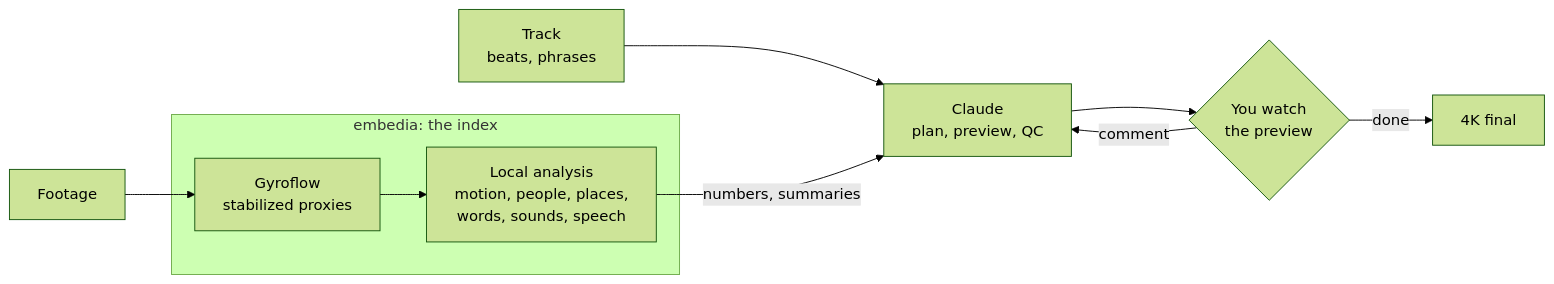
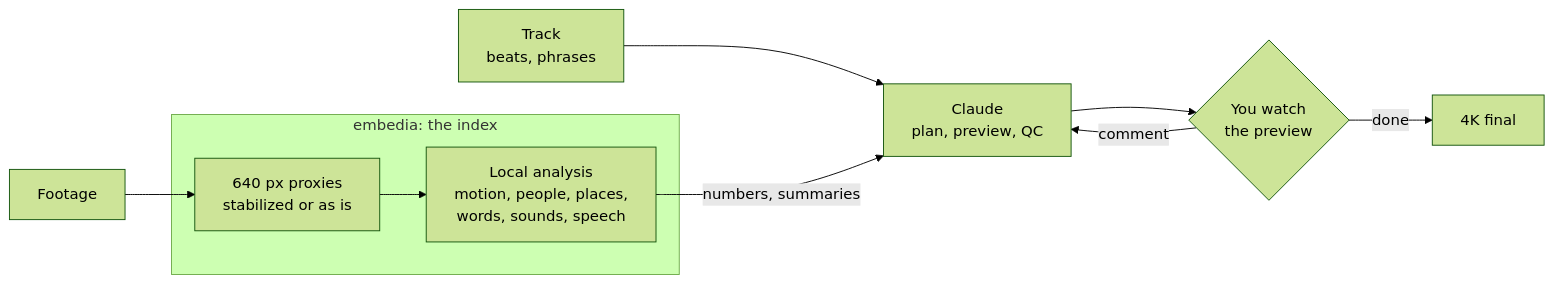
One commit to parhipov/montAIge changed the diagram in README.md. Above: the diagram before and after it, drawn with Mermaid (forest theme). The commit also changed other lines of this file and 13 other files, not shown here.

First line of the commit message:
embedia: a clip is measured stabilized or as is; proxies only when stabilized

````diff
--- a/README.md
+++ b/README.md
@@ -122,12 +122,12 @@
 ```mermaid
 flowchart LR
-  F["Footage"] --> R["Gyroflow<br/>stabilized proxies"]
+  F["Footage"] --> R["640 px proxies<br/>stabilized or as is"]
   subgraph I["embedia: the index"]
     R --> P["Local analysis<br/>motion, people, places,<br/>words, sounds, speech"]
   end
   M["Track<br/>beats, phrases"] --> E
   P -- "numbers, summaries" --> E["Claude<br/>plan, preview, QC"]
   E --> O{"You watch<br/>the preview"}
   O -- "comment" --> E
   O -- "done" --> X["4K final"]
 ```
````
